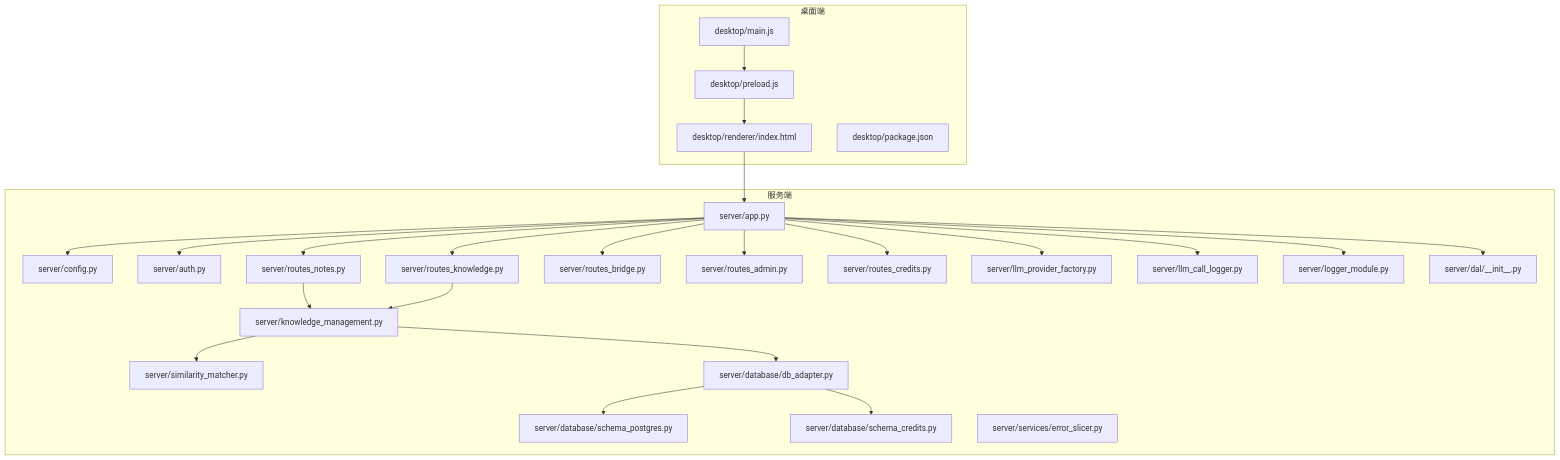
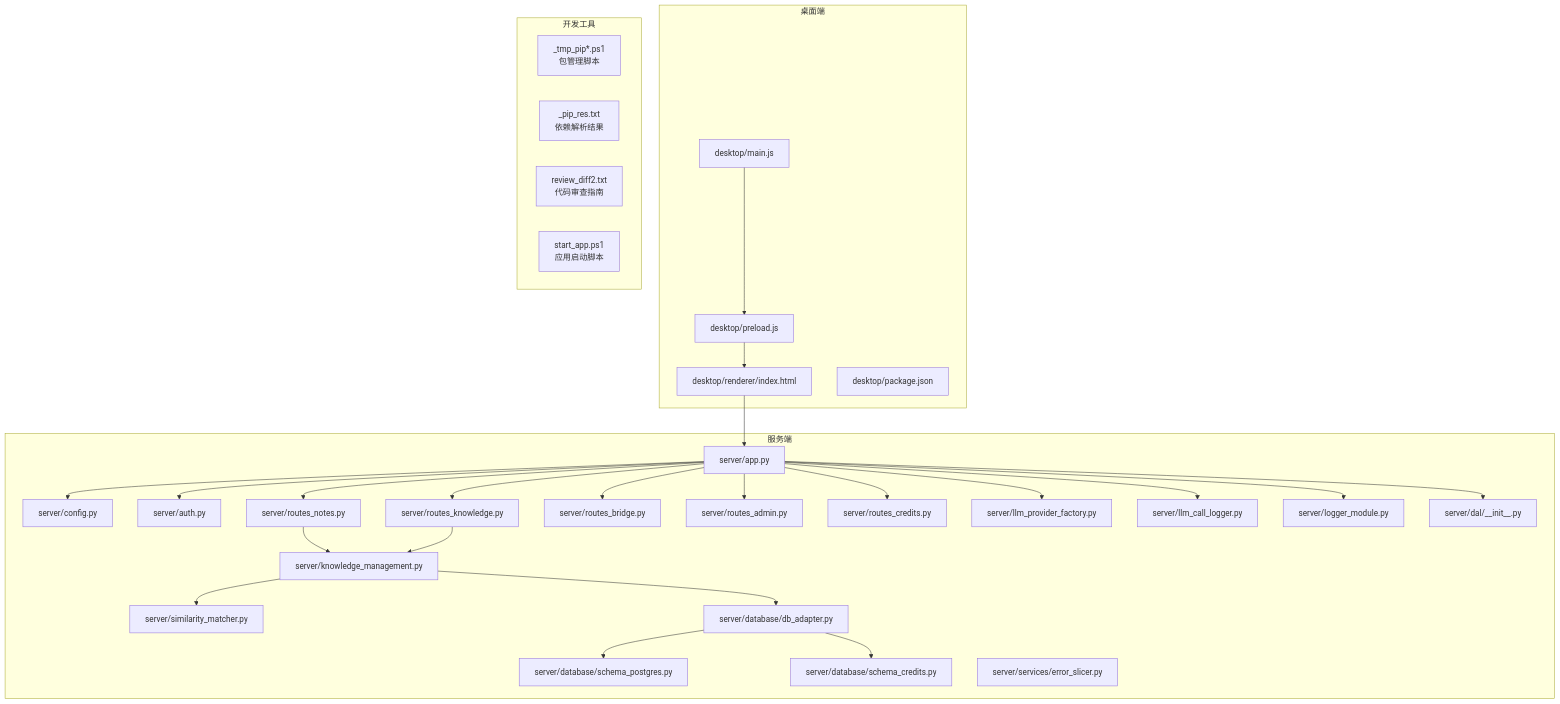
The first of 8 diagrams in .qoder/repowiki/zh/content/开发指南.md (abokyoy/LectureLearnLoop), drawn with Mermaid before and after one commit. The commit also changed other lines of this file and 268 other files, not shown here.

````diff
--- a/.qoder/repowiki/zh/content/开发指南.md
+++ b/.qoder/repowiki/zh/content/开发指南.md
@@ -54,48 +67,54 @@
 ```mermaid
 graph TB
 subgraph "桌面端"
 DMain["desktop/main.js"]
 DPreload["desktop/preload.js"]
 DRend["desktop/renderer/index.html"]
 DPkg["desktop/package.json"]
 end
 subgraph "服务端"
 SApp["server/app.py"]
 SConfig["server/config.py"]
 SAuth["server/auth.py"]
 SNotes["server/routes_notes.py"]
 SKnow["server/routes_knowledge.py"]
 SBridge["server/routes_bridge.py"]
 SAdmin["server/routes_admin.py"]
 SCredits["server/routes_credits.py"]
 SKM["server/knowledge_management.py"]
 SSM["server/similarity_matcher.py"]
 SLF["server/llm_provider_factory.py"]
 SLog["server/llm_call_logger.py"]
 SLogger["server/logger_module.py"]
 SDAL["server/dal/__init__.py"]
 SDBA["server/database/db_adapter.py"]
 SPG["server/database/schema_postgres.py"]
 SCC["server/database/schema_credits.py"]
 SSErr["server/services/error_slicer.py"]
 end
+subgraph "开发工具"
+PipScripts["_tmp_pip*.ps1<br/>包管理脚本"]
+PipRes["_pip_res.txt<br/>依赖解析结果"]
+ReviewGuidelines["review_diff2.txt<br/>代码审查指南"]
+StartApp["start_app.ps1<br/>应用启动脚本"]
+end
 DMain --> DPreload --> DRend
 DRend --> SApp
 SApp --> SConfig
 SApp --> SAuth
 SApp --> SNotes
 SApp --> SKnow
 SApp --> SBridge
 SApp --> SAdmin
 SApp --> SCredits
 SNotes --> SKM
 SKnow --> SKM
 SKM --> SSM
 SKM --> SDBA
 SDBA --> SPG
 SDBA --> SCC
 SApp --> SLF
 SApp --> SLog
 SApp --> SLogger
 SApp --> SDAL
 ```
````
